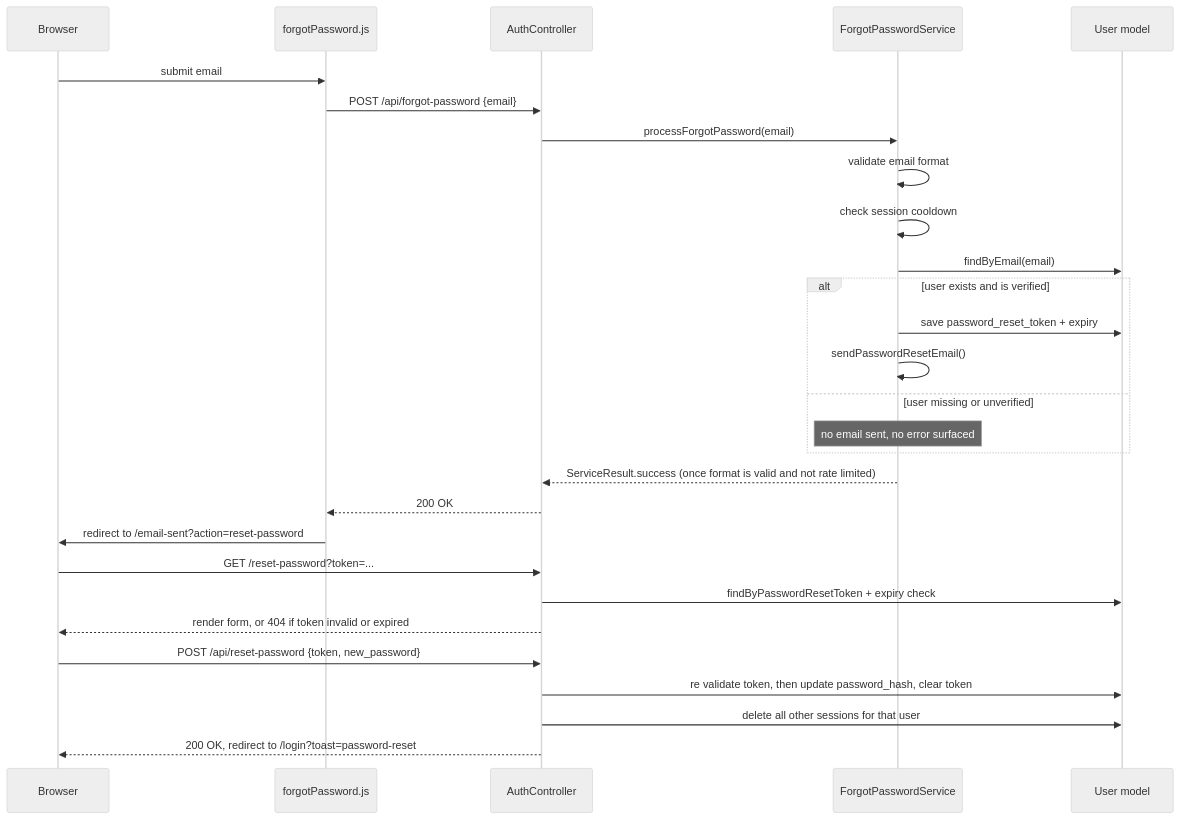
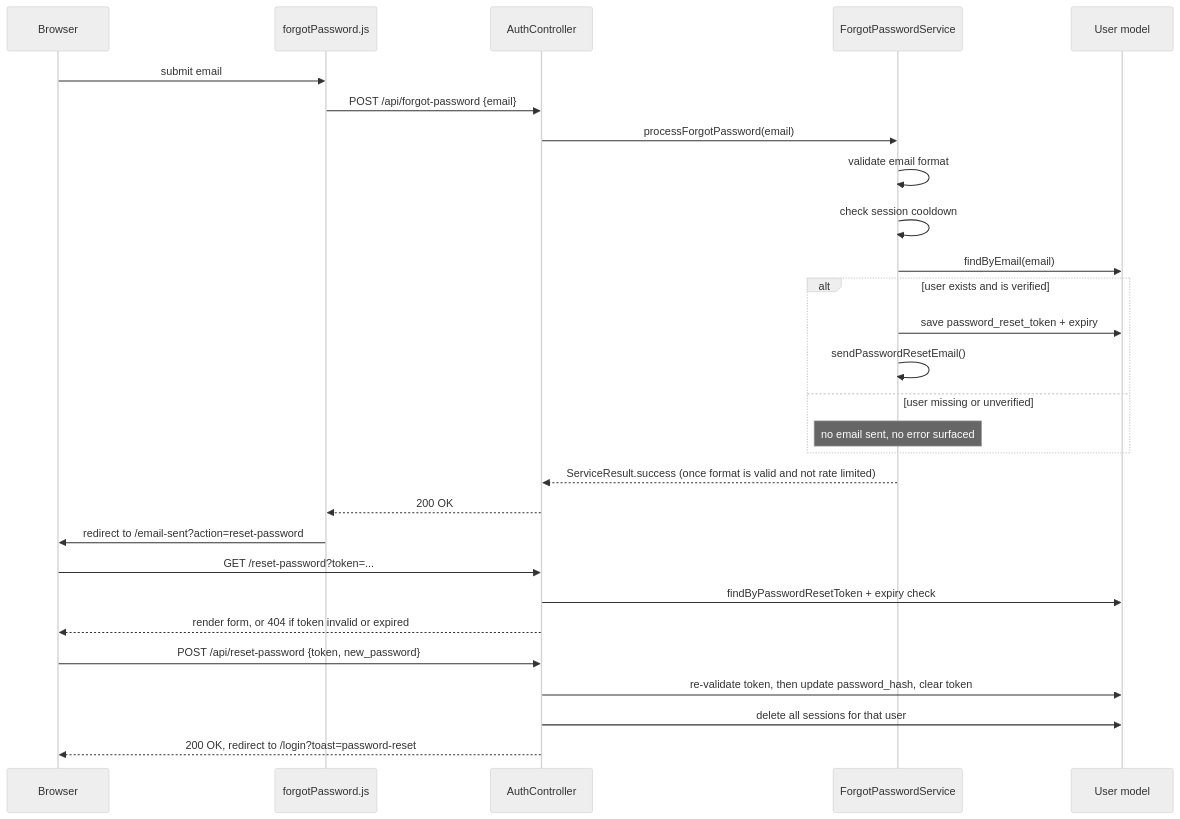
One commit to ysengoku/camagru changed the third of 3 diagrams in doc/AUTH.md. Above: the diagram before and after it, drawn with Mermaid (neutral theme). The commit also changed other lines of this file and 10 other files, not shown here.

First line of the commit message:
doc: rewrite ARCHITECTURE.md and AUTH.md, fix issues found along the way

````diff
--- a/doc/AUTH.md
+++ b/doc/AUTH.md
@@ -133,33 +142,33 @@
 ```mermaid
 sequenceDiagram
     participant U as Browser
     participant JS as forgotPassword.js
     participant AC as AuthController
     participant FPS as ForgotPasswordService
     participant DB as User model
 
     U->>JS: submit email
     JS->>AC: POST /api/forgot-password {email}
     AC->>FPS: processForgotPassword(email)
     FPS->>FPS: validate email format
     FPS->>FPS: check session cooldown
     FPS->>DB: findByEmail(email)
     alt user exists and is verified
         FPS->>DB: save password_reset_token + expiry
         FPS->>FPS: sendPasswordResetEmail()
     else user missing or unverified
         Note over FPS: no email sent, no error surfaced
     end
     FPS-->>AC: ServiceResult.success (once format is valid and not rate limited)
     AC-->>JS: 200 OK
     JS->>U: redirect to /email-sent?action=reset-password
 
     U->>AC: GET /reset-password?token=...
     AC->>DB: findByPasswordResetToken + expiry check
     AC-->>U: render form, or 404 if token invalid or expired
 
     U->>AC: POST /api/reset-password {token, new_password}
-    AC->>DB: re validate token, then update password_hash, clear token
-    AC->>DB: delete all other sessions for that user
+    AC->>DB: re-validate token, then update password_hash, clear token
+    AC->>DB: delete all sessions for that user
     AC-->>U: 200 OK, redirect to /login?toast=password-reset
 ```
````
